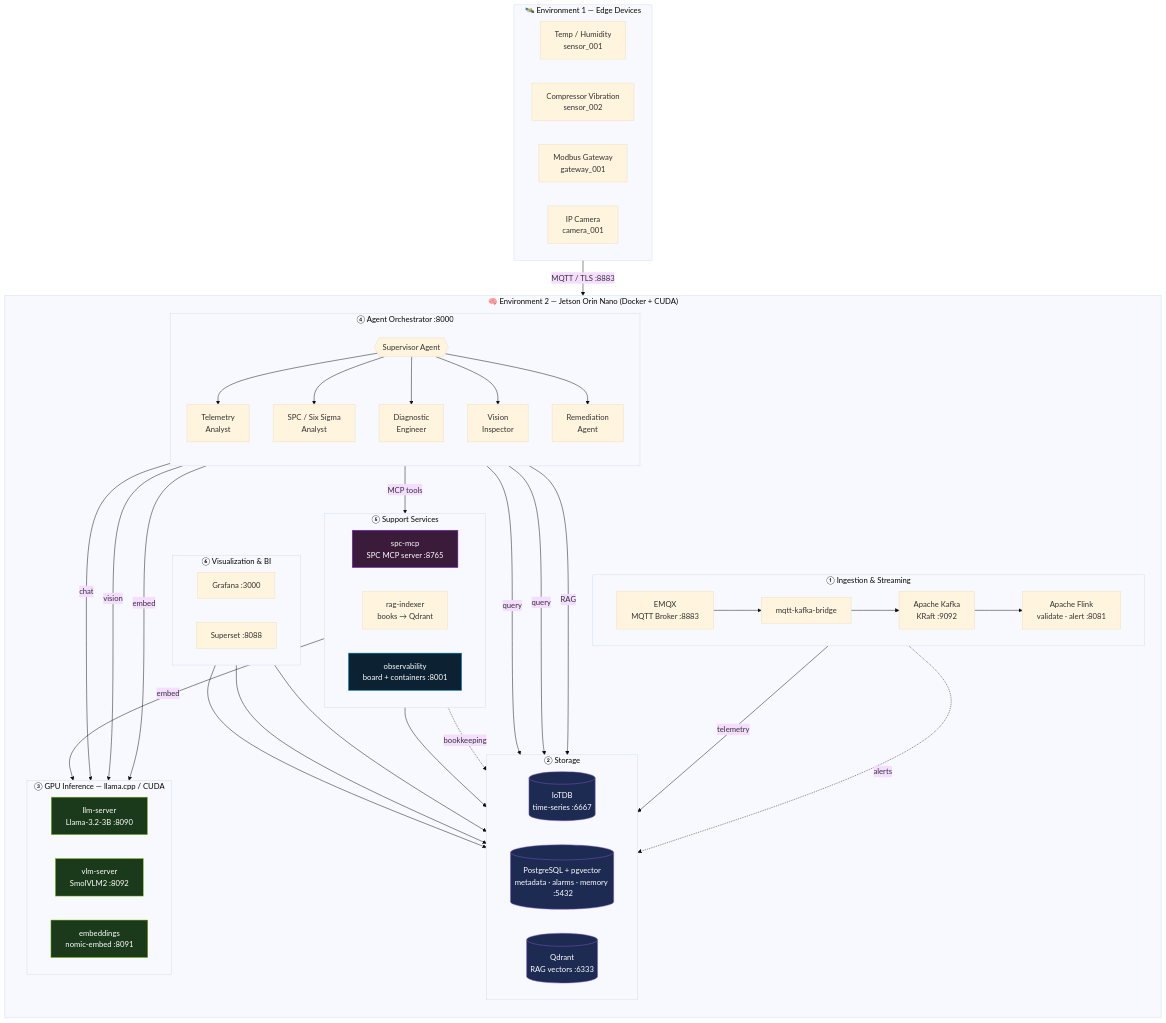
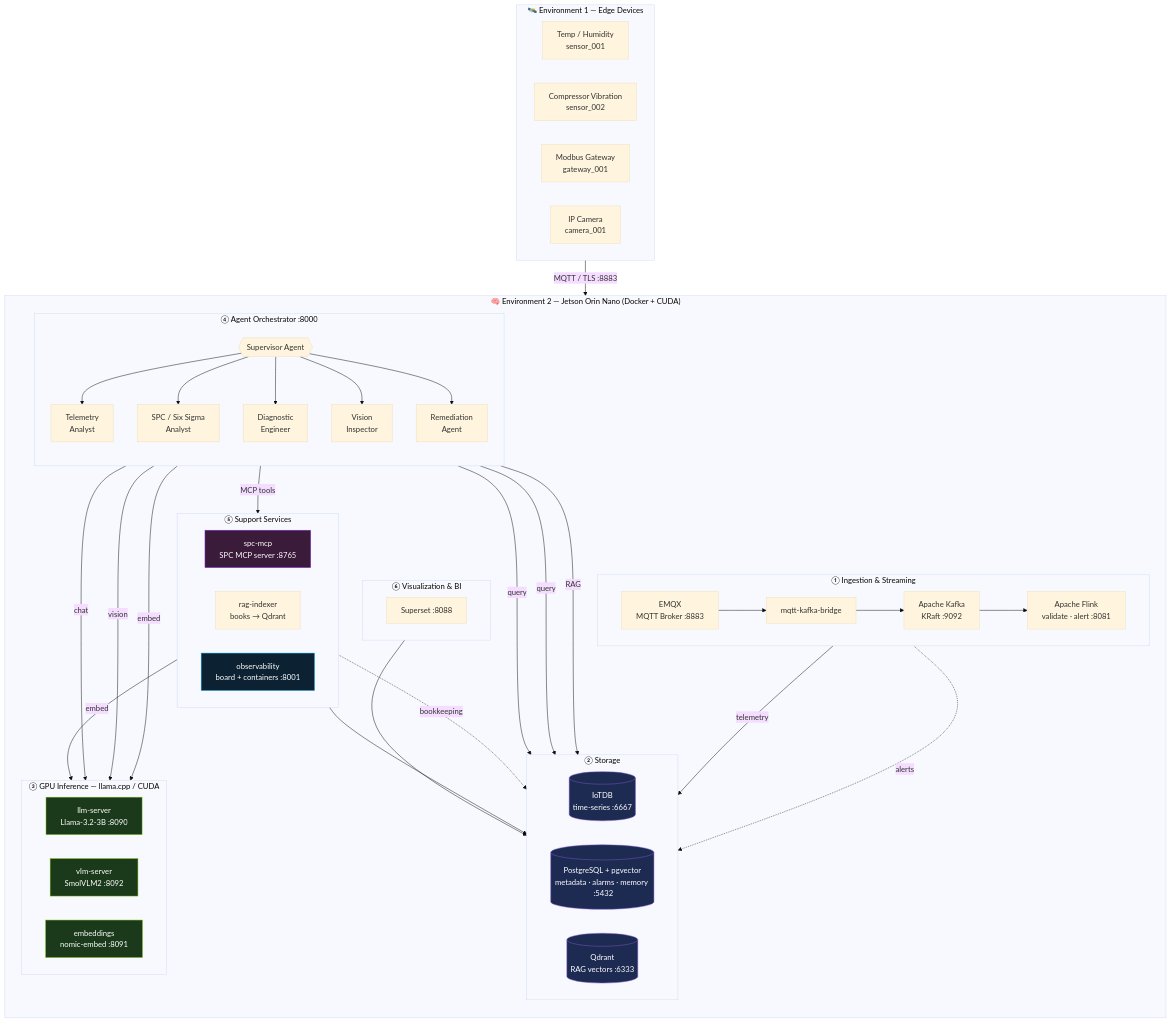
One commit to igoralves1/x-8G2T changed the first of 2 diagrams in README.md. Above: the diagram before and after it, drawn with Mermaid (base theme). The commit also changed other lines of this file and 5 other files, not shown here.

```diff
--- a/README.md
+++ b/README.md
@@ -173,7 +173,6 @@
 
         subgraph VIZ["⑥ Visualization & BI"]
             direction LR
-            GRAF["Grafana  :3000"]
             SUPS["Superset  :8088"]
         end
     end
@@ -196,8 +195,6 @@
     IDX --> QD
     IDX -.->|bookkeeping| PG
 
-    GRAF --> IOTDB
-    GRAF --> PG
     SUPS --> PG
 
     %% ── Styles ───────────────────────────────────────────────────────────────
```
